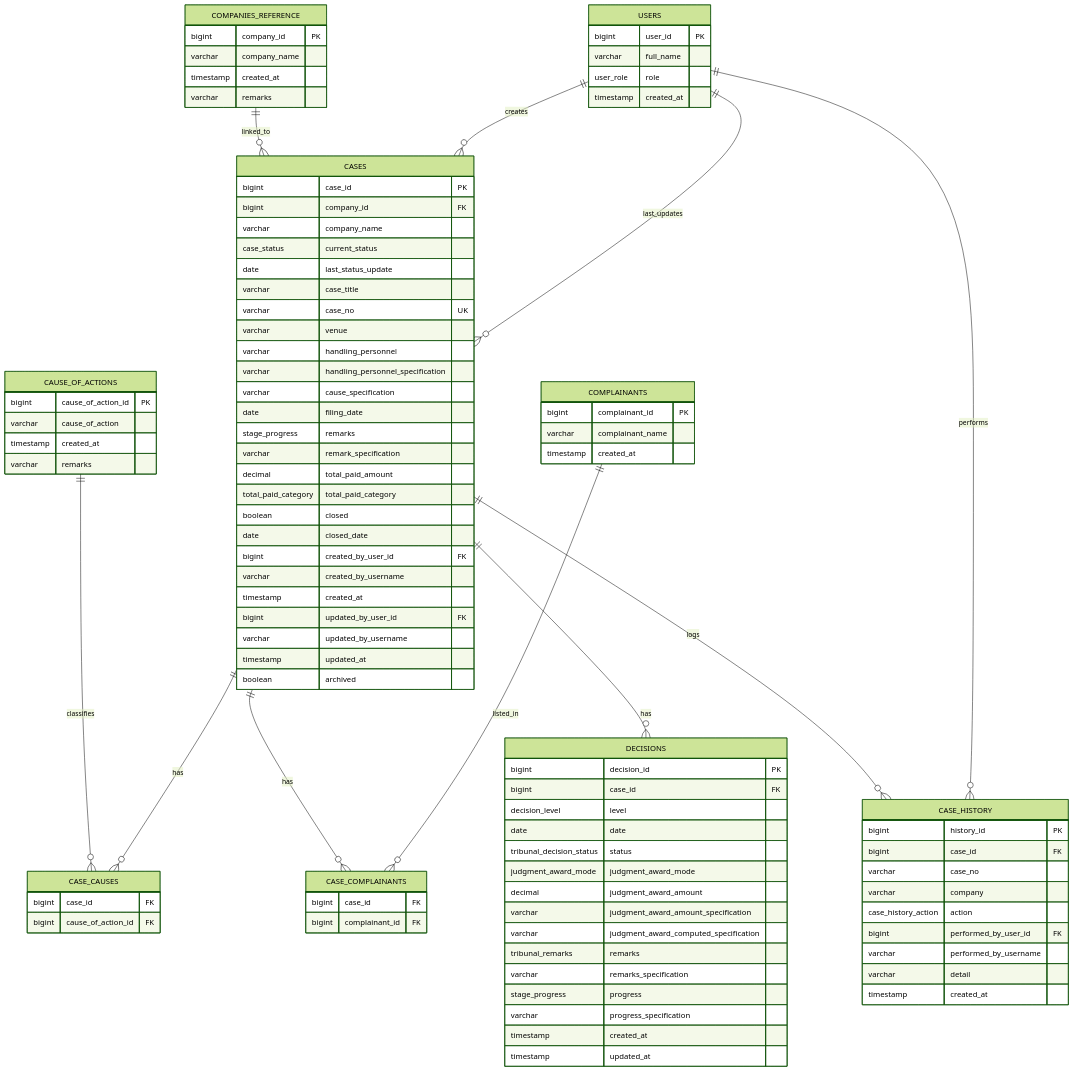
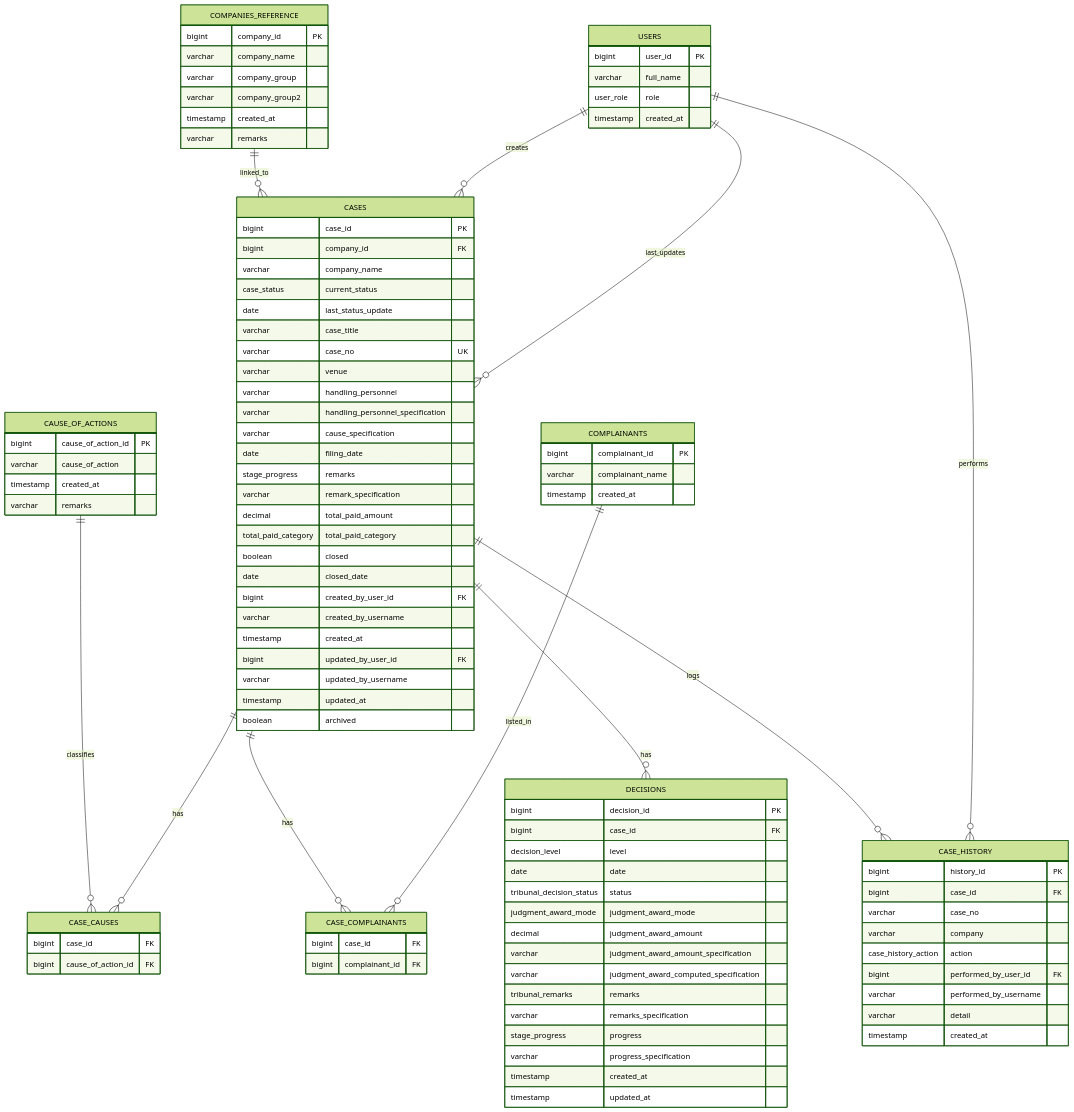
Before and after one commit to isturiscedrick/Case_Management: the diagram in database-diagram.md, drawn with Mermaid (forest theme). The commit also changed other lines of this file and 7 other files, not shown here.

```diff
--- a/database-diagram.md
+++ b/database-diagram.md
@@ -18,6 +18,8 @@
   COMPANIES_REFERENCE {
     bigint company_id PK
     varchar company_name
+    varchar company_group
+    varchar company_group2
     timestamp created_at
     varchar remarks
   }
```
